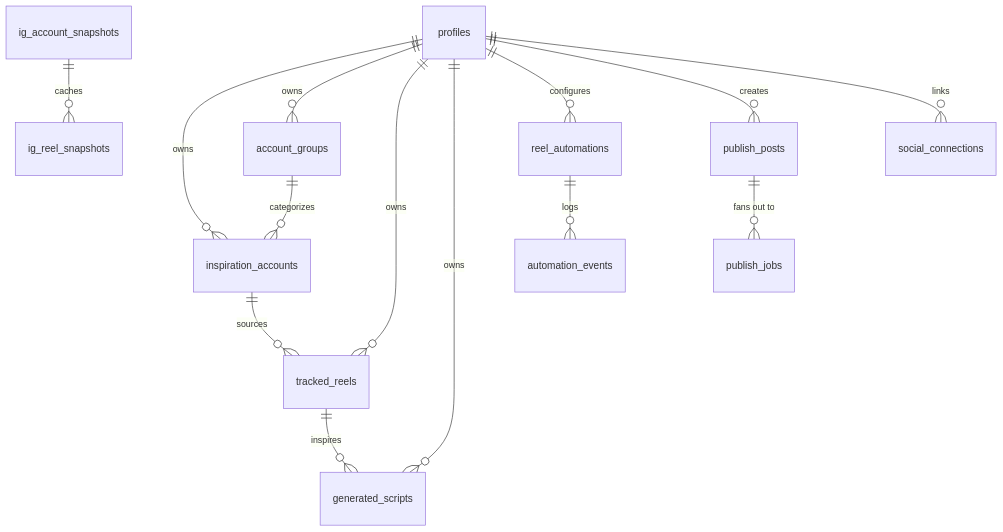
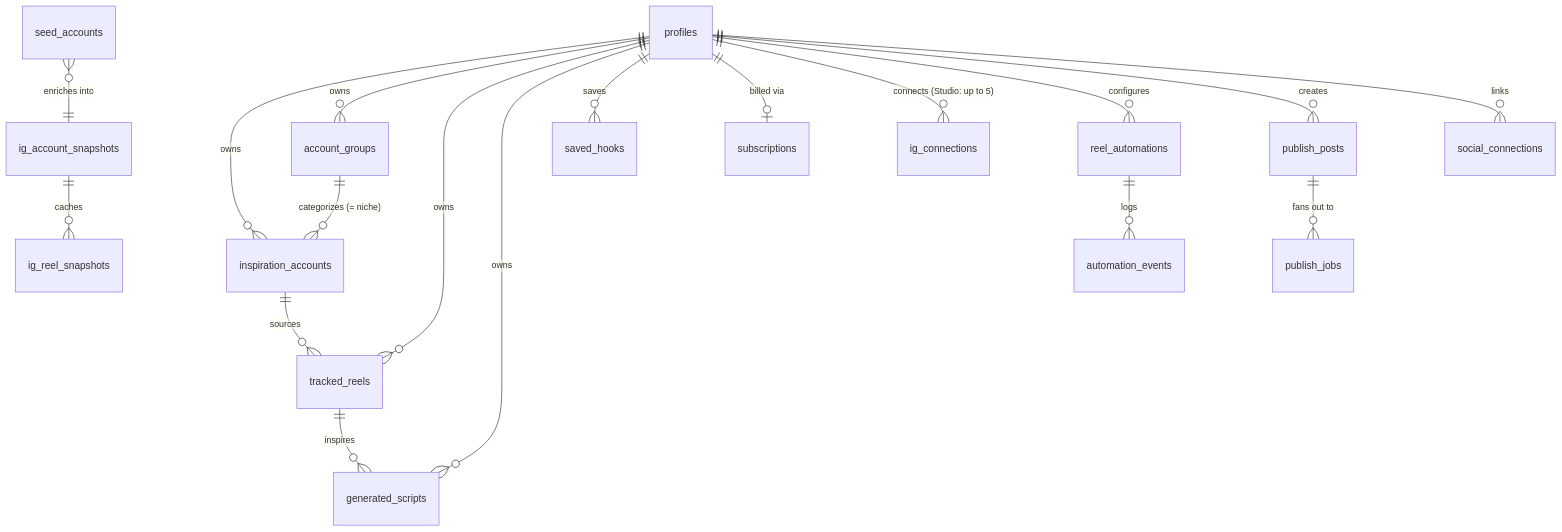
One commit to EngMajdSayedTaha/reelspy changed the second of 11 diagrams in docs/product/01-technical-documentation.md. Above: the diagram before and after it, drawn with Mermaid. The commit also changed other lines of this file and 11 other files, not shown here.

````diff
--- a/docs/product/01-technical-documentation.md
+++ b/docs/product/01-technical-documentation.md
@@ -92,18 +100,22 @@
 ```mermaid
 erDiagram
     profiles ||--o{ inspiration_accounts : owns
     profiles ||--o{ account_groups : owns
     profiles ||--o{ tracked_reels : owns
     profiles ||--o{ generated_scripts : owns
-    account_groups ||--o{ inspiration_accounts : categorizes
+    profiles ||--o{ saved_hooks : saves
+    profiles ||--o| subscriptions : "billed via"
+    profiles ||--o{ ig_connections : "connects (Studio: up to 5)"
+    account_groups ||--o{ inspiration_accounts : "categorizes (= niche)"
     inspiration_accounts ||--o{ tracked_reels : sources
     tracked_reels ||--o{ generated_scripts : inspires
 
     ig_account_snapshots ||--o{ ig_reel_snapshots : caches
+    seed_accounts }o--|| ig_account_snapshots : "enriches into"
 
     profiles ||--o{ reel_automations : configures
     reel_automations ||--o{ automation_events : logs
     profiles ||--o{ publish_posts : creates
     publish_posts ||--o{ publish_jobs : "fans out to"
     profiles ||--o{ social_connections : links
 ```
````
